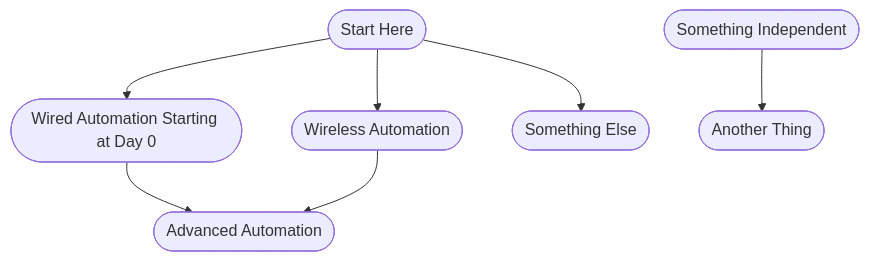
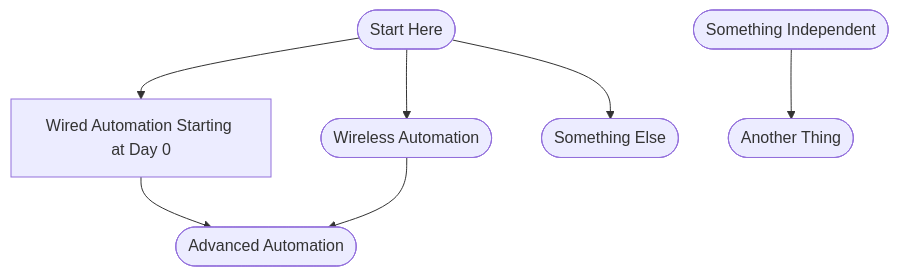
One commit to chanhale/toshare changed the diagram in flowdiagram.md. Above: the diagram before and after it, drawn with Mermaid.

````diff
--- a/flowdiagram.md
+++ b/flowdiagram.md
@@ -3,16 +3,16 @@
 ```mermaid
 graph TD;
     box1([Start Here]);
-    box2([Wired Automation Starting at Day 0]);
+    box2[Wired Automation Starting at Day 0];
     box3([Wireless Automation]);
     box4([Something Else]);
     box5([Advanced Automation]);
     box6([Something Independent])
     box7([Another Thing])
     box1-->box2 & box3 & box4;
     box2 & box3 -->box5;
     box6-->box7;
     click box2 "https://github.com/kebaldwi/DNAC-TEMPLATES/tree/master/LABS/LAB-1-Wired-Automation" "wired";
     click box3 "https://github.com/kebaldwi/DNAC-TEMPLATES/tree/master/LABS/LAB-2-Wireless-Automation" "wireless";
     click box5 "https://github.com/kebaldwi/DNAC-TEMPLATES/tree/master/LABS/LAB-3-Advanced-Automation" "advanced";
 ```
````
